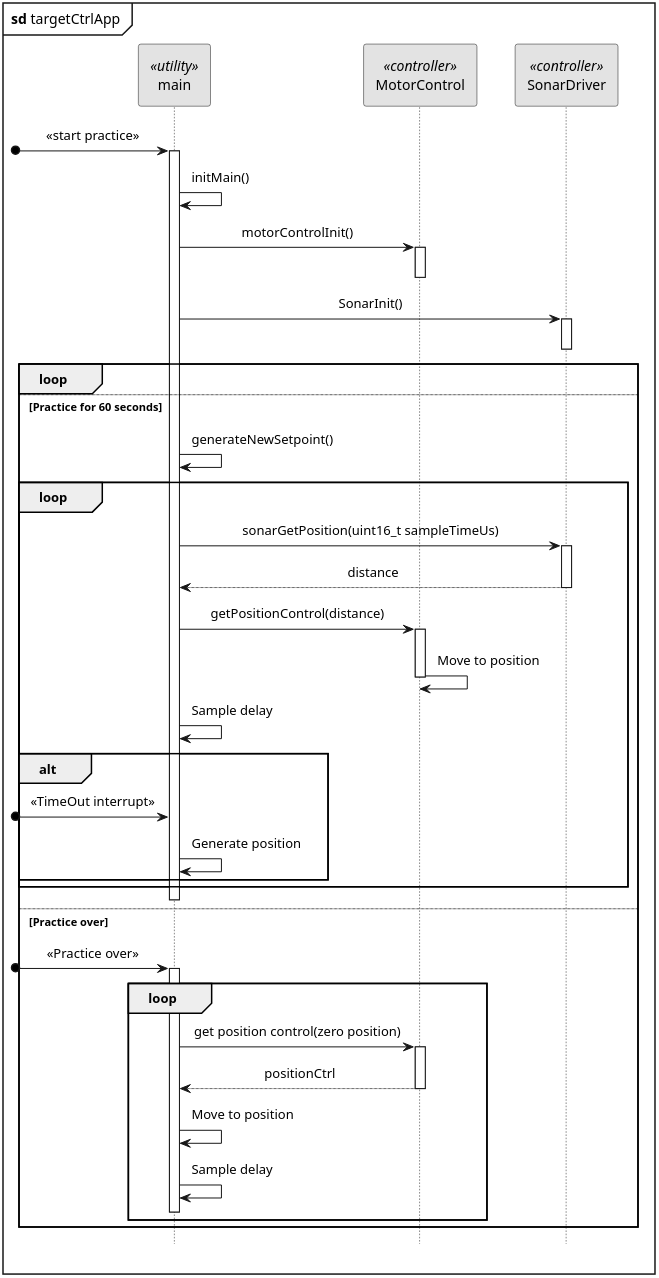
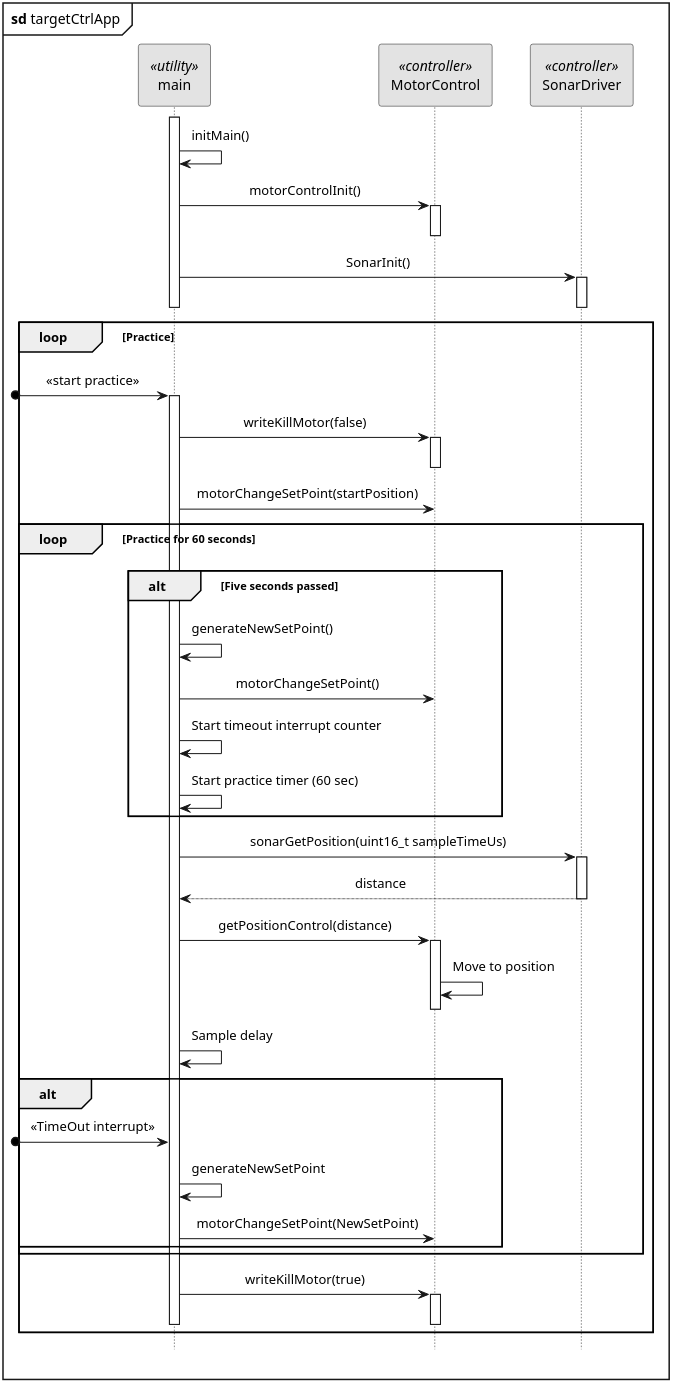
Before and after one commit to LasseKrarup/Laser-Tag-Project: the diagram in PlantUML/src/targetCtrlApp_sd.plantuml, drawn with PlantUML. The commit also changed 1 other file, not shown here.

Commit message:
Final targetCtrlApp architecture

```diff
--- a/PlantUML/src/targetCtrlApp_sd.plantuml
+++ b/PlantUML/src/targetCtrlApp_sd.plantuml
@@ -1,74 +1,91 @@
 @startuml targetCtrlApp_sd
 
 hide footbox
 
 skinparam {
     monochrome true
     dpi 300
     padding 5
     sequenceMessageAlign center
     packageStyle frame
     shadowing false
     'backgroundColor transparent
 }
 
 mainframe **sd** targetCtrlApp
 
 participant main <<utility>>
 participant MotorControl <<controller>>
 participant SonarDriver <<controller>>
 
-[o-> main: <<start practice>>
+
 activate main
 main -> main: initMain()
 main -> MotorControl: motorControlInit()
 activate MotorControl
 deactivate MotorControl
 main -> SonarDriver: SonarInit()
 activate SonarDriver
 deactivate SonarDriver
+deactivate main
 
-loop
-    else Practice for 60 seconds
-    main -> main: generateNewSetpoint()
+loop Practice
+/'
+    else Reset position
+    activate main
     loop
         main -> SonarDriver: sonarGetPosition(uint16_t sampleTimeUs)
         activate SonarDriver
         return distance
         deactivate SonarDriver
-        main -> MotorControl: getPositionControl(distance)
-        activate MotorControl
-        MotorControl -> MotorControl: Move to position
-        deactivate MotorControl
-        main -> main: Sample delay
-
-        alt 
-            [o-> main: <<TimeOut interrupt>>
-            main -> main: Generate position
-
-        end
-    end
-    MotorControl -[hidden]> main
-
-    deactivate main
-
-
-
-    else Practice over
-    
-    [o-> main: <<Practice over>>
-    activate main
-    loop
         main -> MotorControl: get position control(zero position)
         activate MotorControl
         return positionCtrl
         deactivate MotorControl
         main -> main: Move to position
         main -> main: Sample delay
         MotorControl -[hidden]> main
         deactivate MotorControl
         deactivate main
     end
+'/
+
+    [o-> main: <<start practice>>
+    activate main
+    main -> MotorControl: writeKillMotor(false)
+    activate MotorControl
+    deactivate MotorControl
+    main -> MotorControl: motorChangeSetPoint(startPosition)
+    loop Practice for 60 seconds
+        alt Five seconds passed
+            main -> main: generateNewSetPoint()
+            main -> MotorControl: motorChangeSetPoint()
+            main -> main: Start timeout interrupt counter
+            main -> main: Start practice timer (60 sec)
+        end
+        main -> SonarDriver: sonarGetPosition(uint16_t sampleTimeUs)
+        activate SonarDriver
+        return distance
+        deactivate SonarDriver
+        main -> MotorControl: getPositionControl(distance)
+        activate MotorControl
+        MotorControl -> MotorControl: Move to position
+        MotorControl -[hidden]> main
+        deactivate MotorControl
+        main -> main: Sample delay
+
+        alt 
+            [o-> main: <<TimeOut interrupt>>
+            main -> main: generateNewSetPoint
+            main -> MotorControl: motorChangeSetPoint(NewSetPoint)
+
+        end
+    end
+    'MotorControl -[hidden]> main
+    main -> MotorControl: writeKillMotor(true)
+    activate MotorControl
+    deactivate MotorControl
+    deactivate main
 end
 
 @enduml
```
